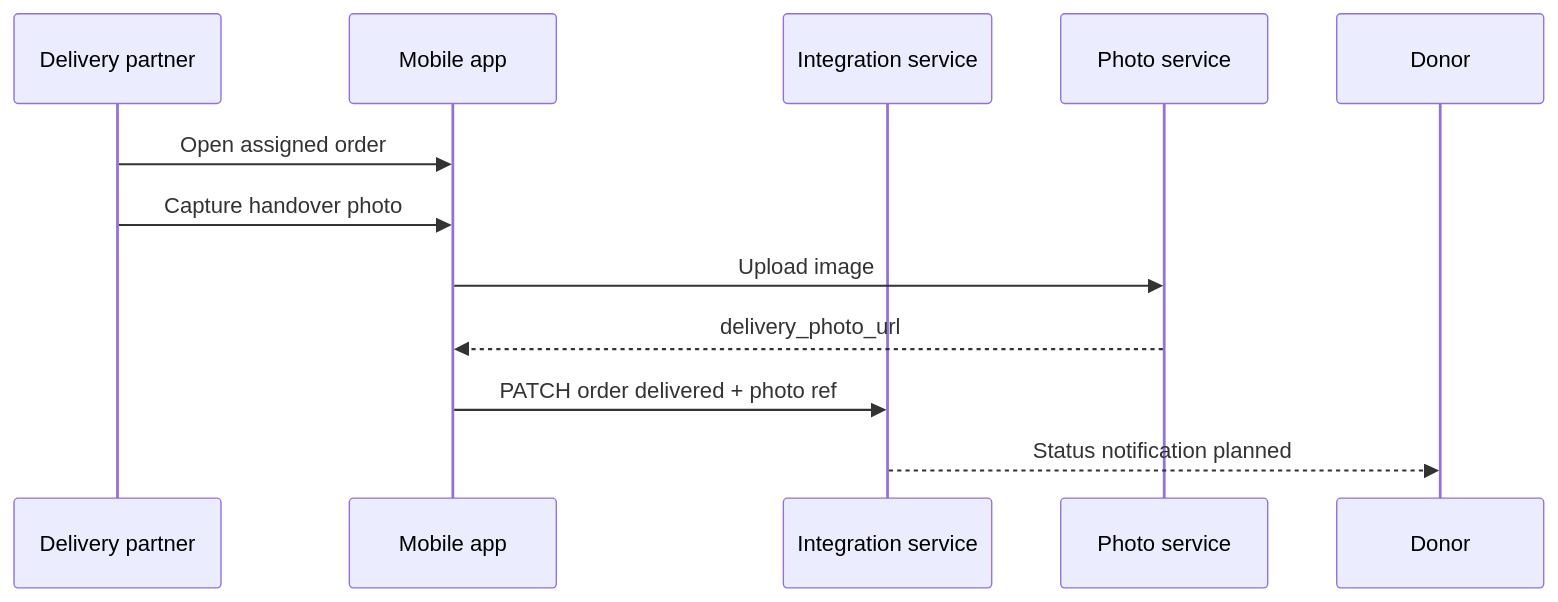
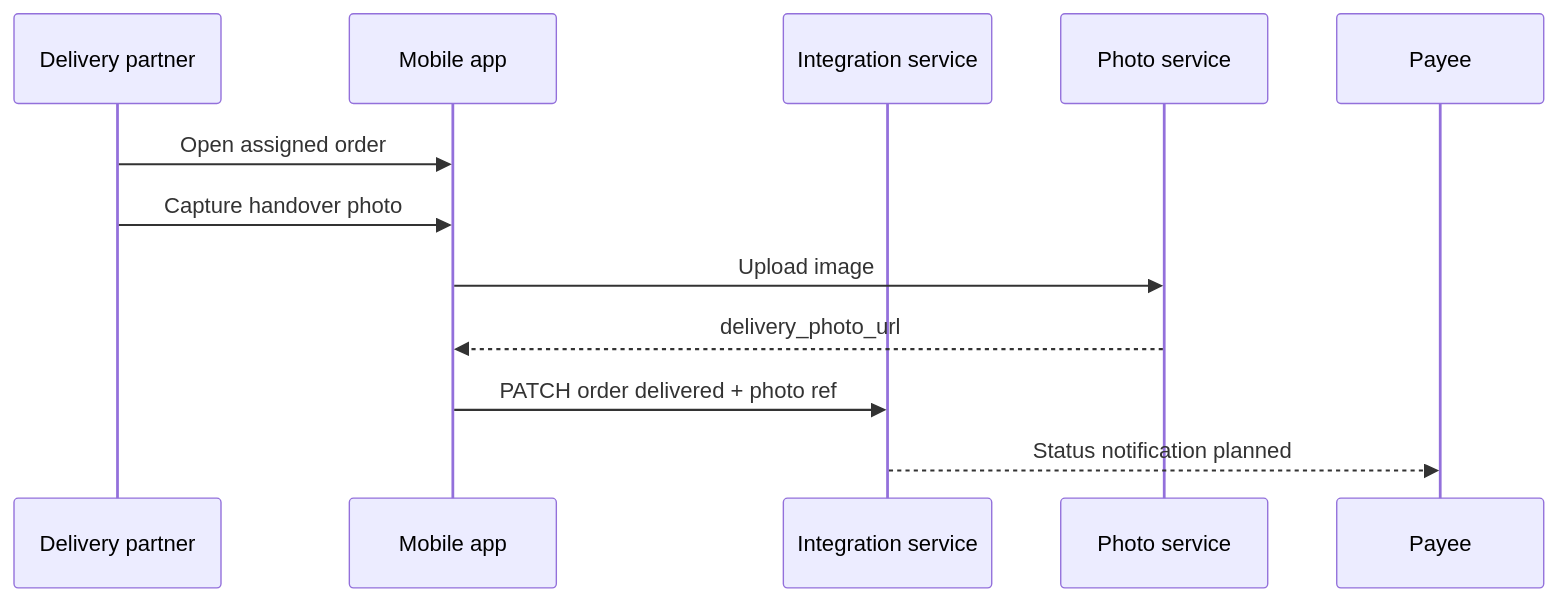
Before and after one commit to sharingbridge/sharingbridge: the diagram in design/Future_Extensions.md, drawn with Mermaid. The commit also changed other lines of this file and 36 other files, not shown here.

````diff
--- a/design/Future_Extensions.md
+++ b/design/Future_Extensions.md
@@ -122,15 +127,15 @@
 ```mermaid
 sequenceDiagram
   participant DP as Delivery partner
   participant M as Mobile app
   participant I as Integration service
   participant P as Photo service
-  participant D as Donor
+  participant D as Payee
 
   DP->>M: Open assigned order
   DP->>M: Capture handover photo
   M->>P: Upload image
   P-->>M: delivery_photo_url
   M->>I: PATCH order delivered + photo ref
   I-->>D: Status notification planned
 ```
````
